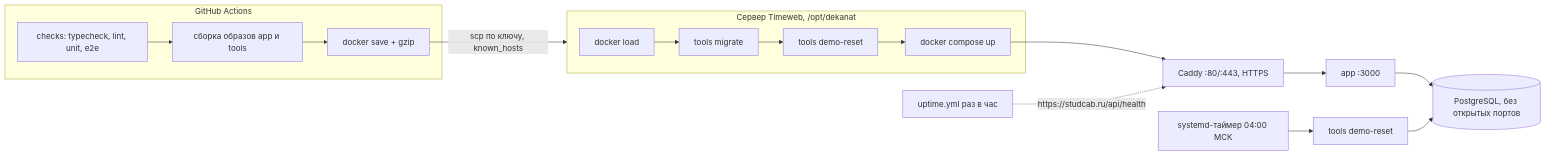
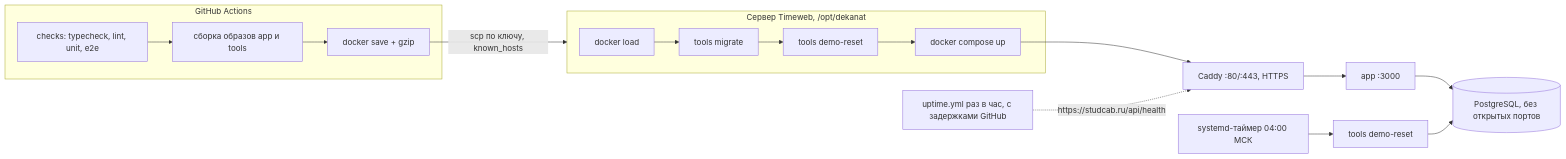
The diagram in docs/deploy.md (Artur-Random/digital-dekanat), drawn with Mermaid before and after one commit. The commit also changed other lines of this file and 8 other files, not shown here.

````diff
--- a/docs/deploy.md
+++ b/docs/deploy.md
@@ -9,14 +9,14 @@
 ```mermaid
 flowchart LR
   subgraph GH[GitHub Actions]
     CI[checks: typecheck, lint, unit, e2e] --> B[сборка образов app и tools]
     B --> S[docker save + gzip]
   end
   S -- "scp по ключу, known_hosts" --> SRV
   subgraph SRV[Сервер Timeweb, /opt/dekanat]
     L[docker load] --> M[tools migrate] --> R[tools demo-reset] --> U[docker compose up]
   end
   U --> CADDY[Caddy :80/:443, HTTPS] --> APP[app :3000] --> DB[(PostgreSQL, без открытых портов)]
   T[systemd-таймер 04:00 МСК] --> R2[tools demo-reset] --> DB
-  UP[uptime.yml раз в час] -. "https://studcab.ru/api/health" .-> CADDY
+  UP[uptime.yml раз в час, с задержками GitHub] -. "https://studcab.ru/api/health" .-> CADDY
 ```
````
